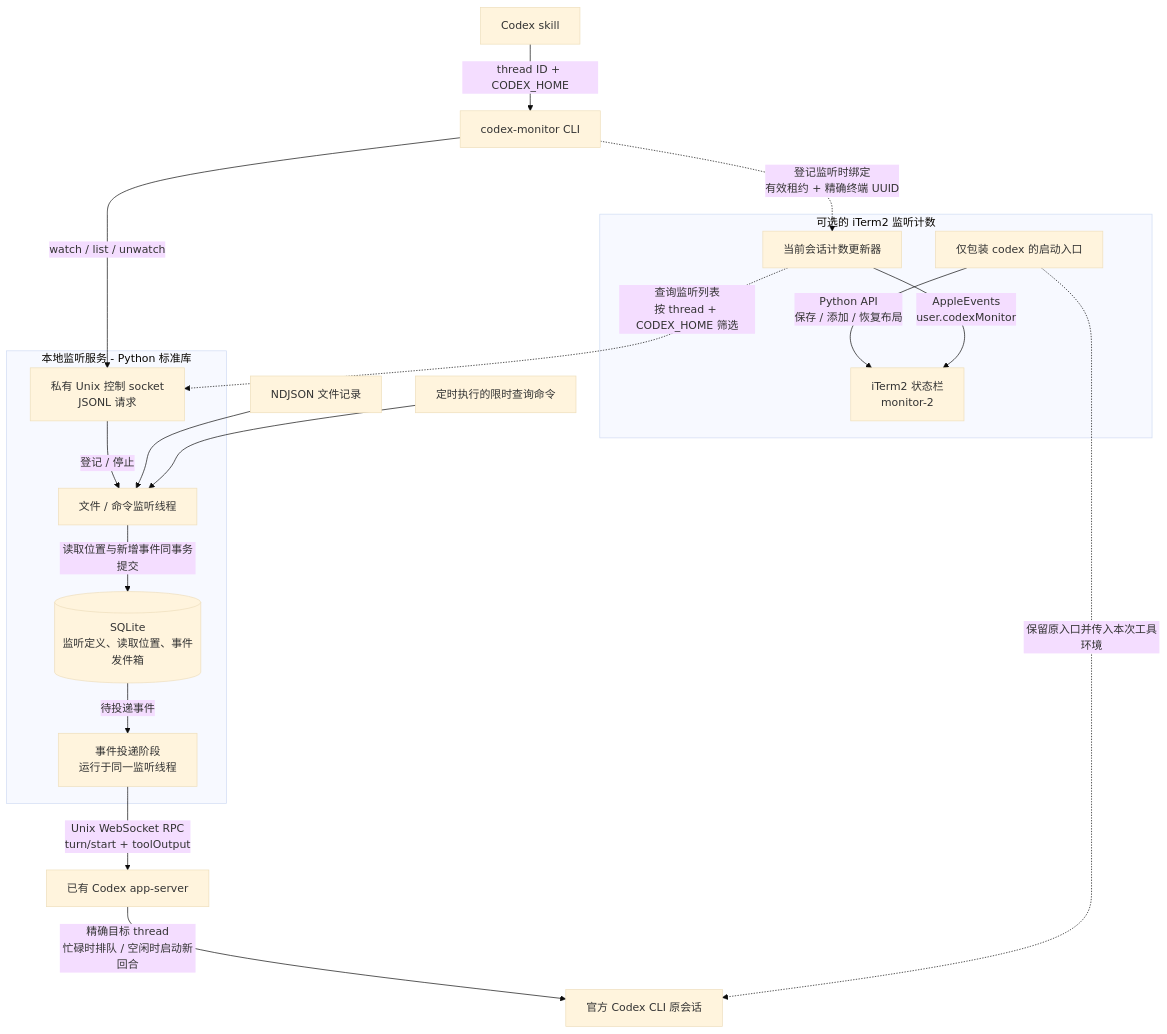
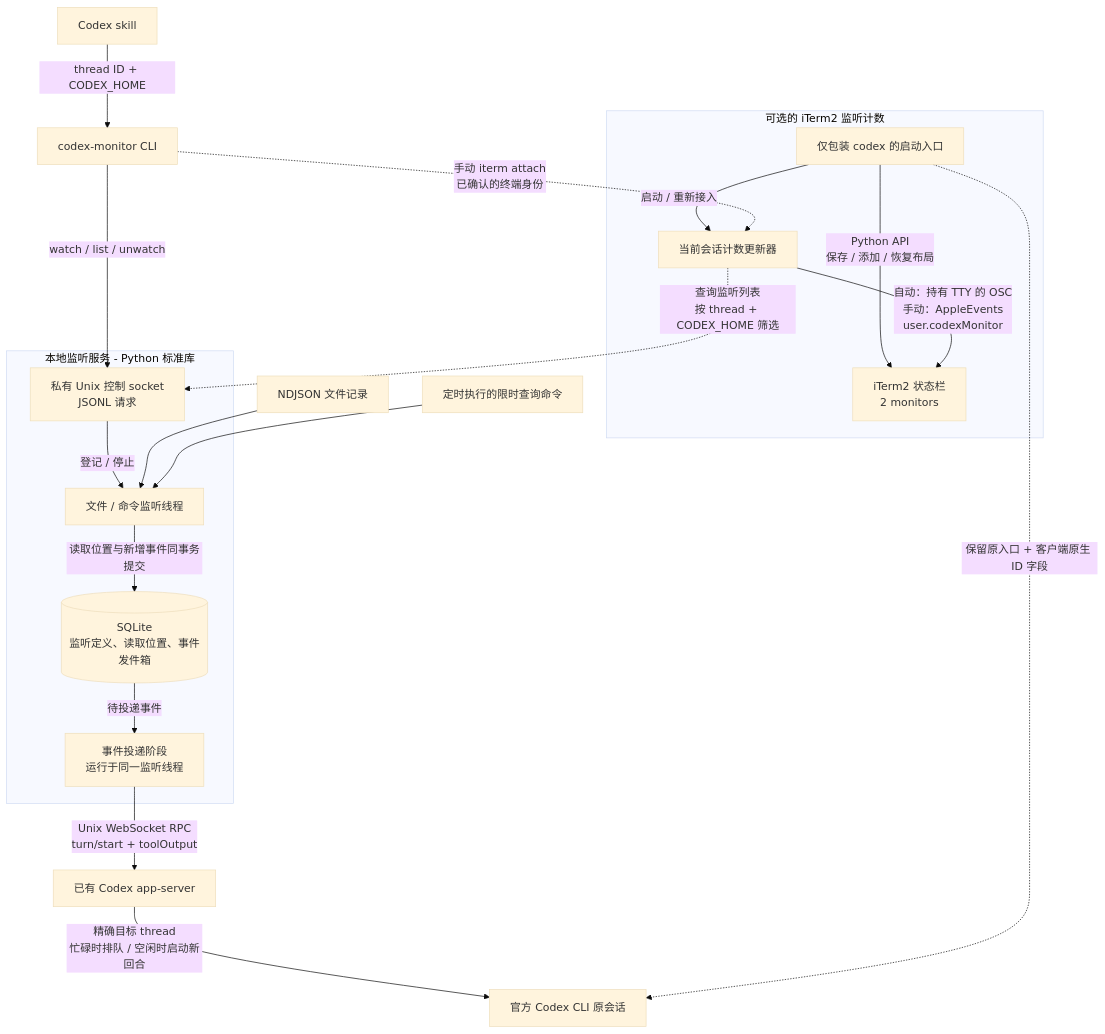
Before and after one commit to AbnerAI/codex-monitor: the diagram in README.zh-CN.md, drawn with Mermaid (base theme). The commit also changed other lines of this file and 32 other files, not shown here.

````diff
--- a/README.zh-CN.md
+++ b/README.zh-CN.md
@@ -9,32 +9,33 @@
 ```mermaid
 flowchart TB
     skill["Codex skill"] -->|"thread ID + CODEX_HOME"| cli["codex-monitor CLI"]
 
     subgraph service["本地监听服务 - Python 标准库"]
         control["私有 Unix 控制 socket<br/>JSONL 请求"]
         workers["文件 / 命令监听线程"]
         store[("SQLite<br/>监听定义、读取位置、事件发件箱")]
         delivery["事件投递阶段<br/>运行于同一监听线程"]
         control -->|"登记 / 停止"| workers
         workers -->|"读取位置与新增事件同事务提交"| store
         store -->|"待投递事件"| delivery
     end
 
     cli -->|"watch / list / unwatch"| control
     files["NDJSON 文件记录"] --> workers
     commands["定时执行的限时查询命令"] --> workers
     delivery -->|"Unix WebSocket RPC<br/>turn/start + toolOutput"| server["已有 Codex app-server"]
     server -->|"精确目标 thread<br/>忙碌时排队 / 空闲时启动新回合"| conversation["官方 Codex CLI 原会话"]
 
     subgraph iterm["可选的 iTerm2 监听计数"]
         launcher["仅包装 codex 的启动入口"]
         updater["当前会话计数更新器"]
-        bar["iTerm2 状态栏<br/>monitor-2"]
+        bar["iTerm2 状态栏<br/>2 monitors"]
         launcher -->|"Python API<br/>保存 / 添加 / 恢复布局"| bar
-        updater -->|"AppleEvents<br/>user.codexMonitor"| bar
+        launcher -->|"启动 / 重新接入"| updater
+        updater -->|"自动：持有 TTY 的 OSC<br/>手动：AppleEvents<br/>user.codexMonitor"| bar
     end
 
-    launcher -.->|"保留原入口并传入本次工具环境"| conversation
-    cli -.->|"登记监听时绑定<br/>有效租约 + 精确终端 UUID"| updater
+    launcher -.->|"保留原入口 + 客户端原生 ID 字段"| conversation
+    cli -.->|"手动 iterm attach<br/>已确认的终端身份"| updater
     updater -.->|"查询监听列表<br/>按 thread + CODEX_HOME 筛选"| control
 ```
````
